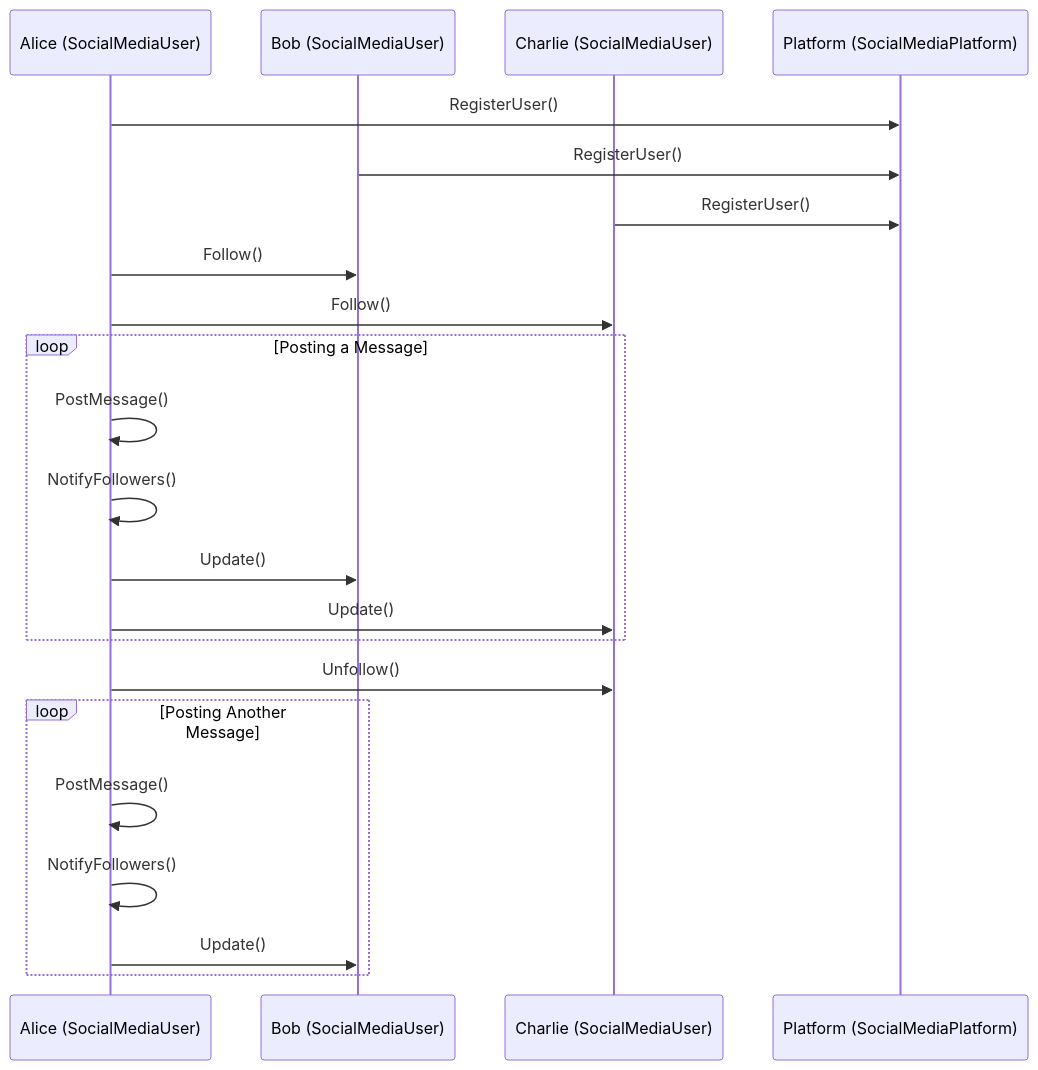
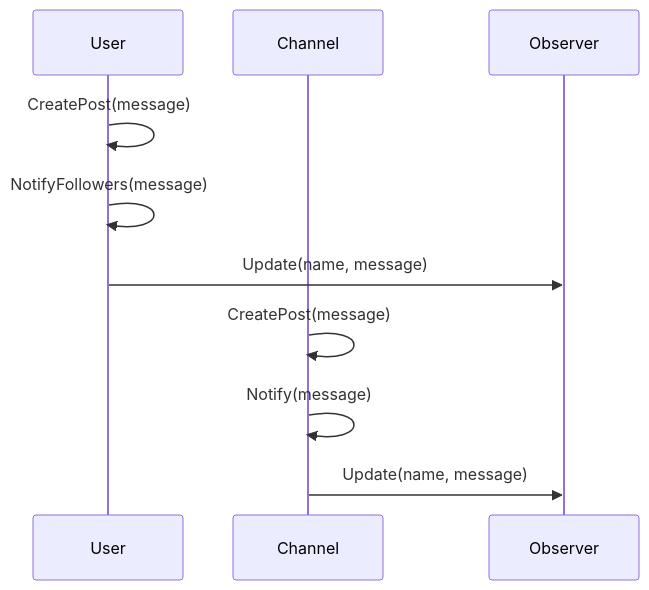
One commit to i-ms/design-pattern-golang changed the second of 2 diagrams in behavioral/observer/Readme.md. Above: the diagram before and after it, drawn with Mermaid. The commit also changed other lines of this file and 2 other files, not shown here.

````diff
--- a/behavioral/observer/Readme.md
+++ b/behavioral/observer/Readme.md
@@ -125,32 +78,14 @@
 ```mermaid
 sequenceDiagram
-    participant Alice as Alice (SocialMediaUser)
-    participant Bob as Bob (SocialMediaUser)
-    participant Charlie as Charlie (SocialMediaUser)
-    participant Platform as Platform (SocialMediaPlatform)
+    participant User
+    participant Channel
+    participant Observer
 
-    Alice->>Platform: RegisterUser()
-    Bob->>Platform: RegisterUser()
-    Charlie->>Platform: RegisterUser()
+    User ->> User: CreatePost(message)
+    User ->> User: NotifyFollowers(message)
+    User ->> Observer: Update(name, message)
 
-    Alice->>Bob: Follow()
-    Alice->>Charlie: Follow()
-
-    loop Posting a Message
-        Alice->>Alice: PostMessage()
-        Alice->>Alice: NotifyFollowers()
-
-        Alice->>Bob: Update()
-        Alice->>Charlie: Update()
-    end
-
-    Alice->>Charlie: Unfollow()
-
-    loop Posting Another Message
-        Alice->>Alice: PostMessage()
-        Alice->>Alice: NotifyFollowers()
-
-        Alice->>Bob: Update()
-    end
-
+    Channel ->> Channel: CreatePost(message)
+    Channel ->> Channel: Notify(message)
+    Channel ->> Observer: Update(name, message)
 ```
````
